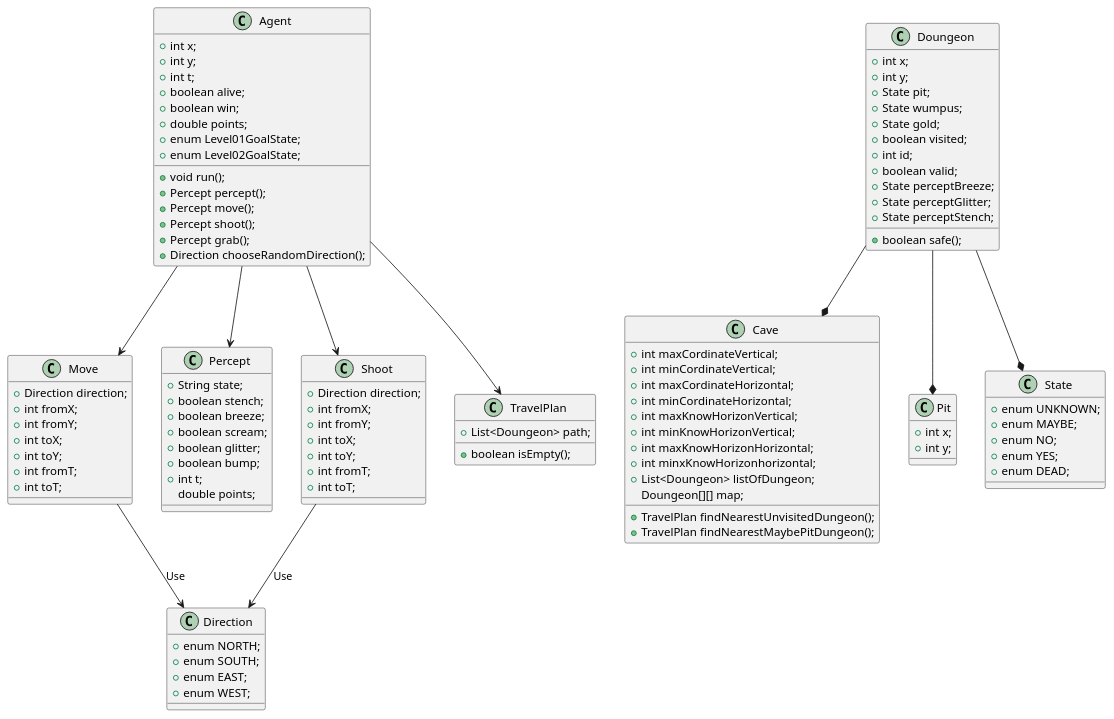
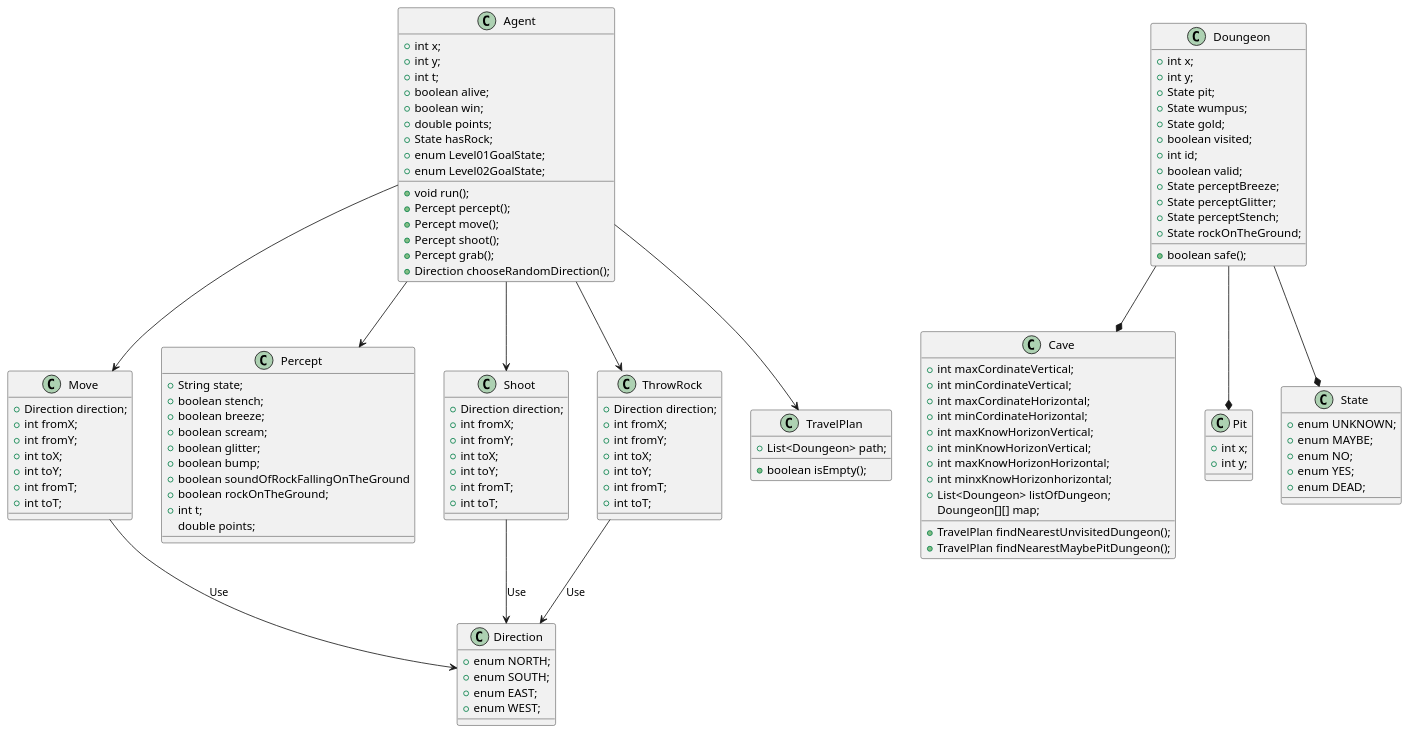
The diagram in wumpus-agent-minimum2/info/WumpusUml(Version1).pu (andredob/Wumpus-Agent), drawn with PlantUML before and after one commit. The commit also changed 9 other files, not shown here.

```diff
--- a/wumpus-agent-minimum2/info/WumpusUml(Version1).pu
+++ b/wumpus-agent-minimum2/info/WumpusUml(Version1).pu
@@ -1,121 +1,137 @@
 @startuml
 
 class Agent{
   +int x;
   +int y;
   +int t;
   +boolean alive;
   +boolean win;
   +double points;
+  +State hasRock;
   +enum Level01GoalState;
   +enum Level02GoalState;
 
   +void run();
   +Percept percept();
   +Percept move();
   +Percept shoot();
   +Percept grab();
   +Direction chooseRandomDirection();
 }
 
 class Cave{
   +int maxCordinateVertical;
   +int minCordinateVertical;
   +int maxCordinateHorizontal;
   +int minCordinateHorizontal;
   +int maxKnowHorizonVertical;
   +int minKnowHorizonVertical;
   +int maxKnowHorizonHorizontal;
   +int minxKnowHorizonhorizontal;
   +List<Doungeon> listOfDungeon;
   Doungeon[][] map;
 
   +TravelPlan findNearestUnvisitedDungeon();
   +TravelPlan findNearestMaybePitDungeon();
 }
 
 class Direction{
   +enum NORTH;
   +enum SOUTH;
   +enum EAST;
   +enum WEST;
 }
 
 class Doungeon{
   +int x;
   +int y;
   +State pit;
   +State wumpus;
   +State gold;
   +boolean visited;
   +int id;
   +boolean valid;
   +State perceptBreeze;
   +State perceptGlitter;
   +State perceptStench;
+  +State rockOnTheGround;
 
   +boolean safe();
 }
 
 class Move{
   +Direction direction;
   +int fromX;
   +int fromY;
   +int toX;
   +int toY;
   +int fromT;
   +int toT;
 }
 
 class Percept{
   +String state;
   +boolean stench;
   +boolean breeze;
   +boolean scream;
   +boolean glitter;
   +boolean bump;
+  +boolean soundOfRockFallingOnTheGround
+  +boolean rockOnTheGround;
   +int t;
   double points;
 }
 
 class Pit{
   +int x;
   +int y;
 }
 
 class Shoot{
+  +Direction direction;
+  +int fromX;
+  +int fromY;
+  +int toX;
+  +int toY;
+  +int fromT;
+  +int toT;
+}
+
+class ThrowRock{
   +Direction direction;
   +int fromX;
   +int fromY;
   +int toX;
   +int toY;
   +int fromT;
   +int toT;
 }
 
 class State{
   +enum UNKNOWN;
   +enum MAYBE;
   +enum NO;
   +enum YES;
   +enum DEAD;
 }
 
 class TravelPlan{
   +List<Doungeon> path;
   +boolean isEmpty();
 }
 
 
 Agent --> Move
 Agent --> Shoot
+Agent --> ThrowRock
 Agent --> Percept
 Agent --> TravelPlan
 Move --> Direction : Use
 Shoot --> Direction : Use
+ThrowRock --> Direction : Use
 Doungeon --* State
 Doungeon --* Cave
 Doungeon --* Pit
 
 
 @enduml
```
